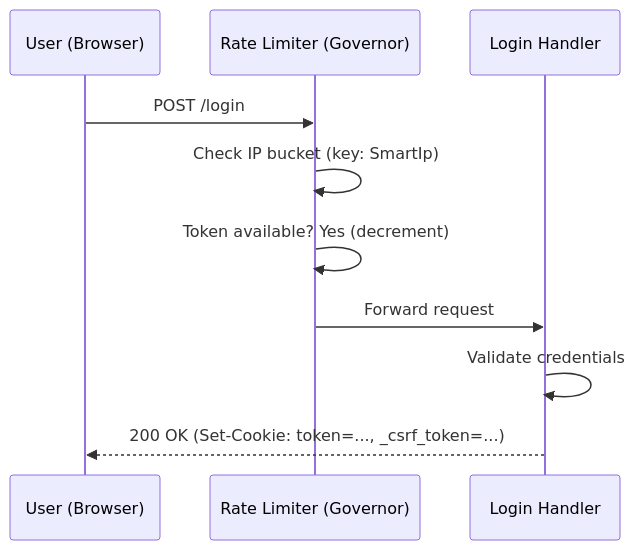
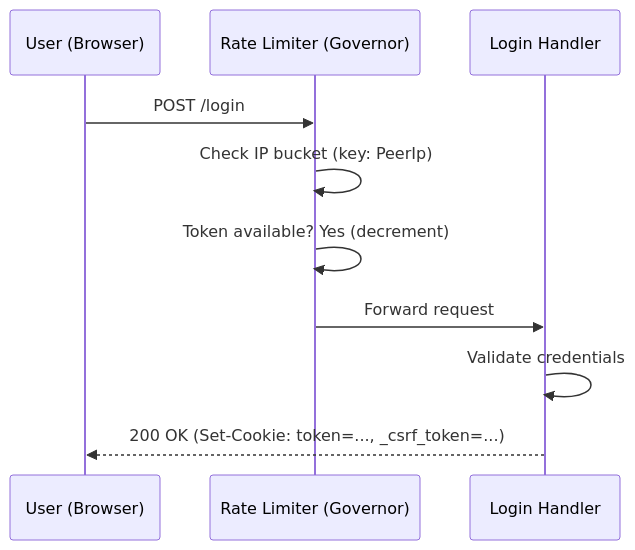
One commit to husni-zuhdi/husni-portfolio changed the first of 3 diagrams in specs/5-rate-limiting.md. Above: the diagram before and after it, drawn with Mermaid. The commit also changed other lines of this file and 3 other files, not shown here.

````diff
--- a/specs/5-rate-limiting.md
+++ b/specs/5-rate-limiting.md
@@ -60,13 +61,13 @@
 ```mermaid
 sequenceDiagram
     participant U as User (Browser)
     participant RL as Rate Limiter (Governor)
     participant H as Login Handler
 
     U->>RL: POST /login
-    RL->>RL: Check IP bucket (key: SmartIp)
+    RL->>RL: Check IP bucket (key: PeerIp)
     RL->>RL: Token available? Yes (decrement)
     RL->>H: Forward request
     H->>H: Validate credentials
     H-->>U: 200 OK (Set-Cookie: token=..., _csrf_token=...)
 ```
````
